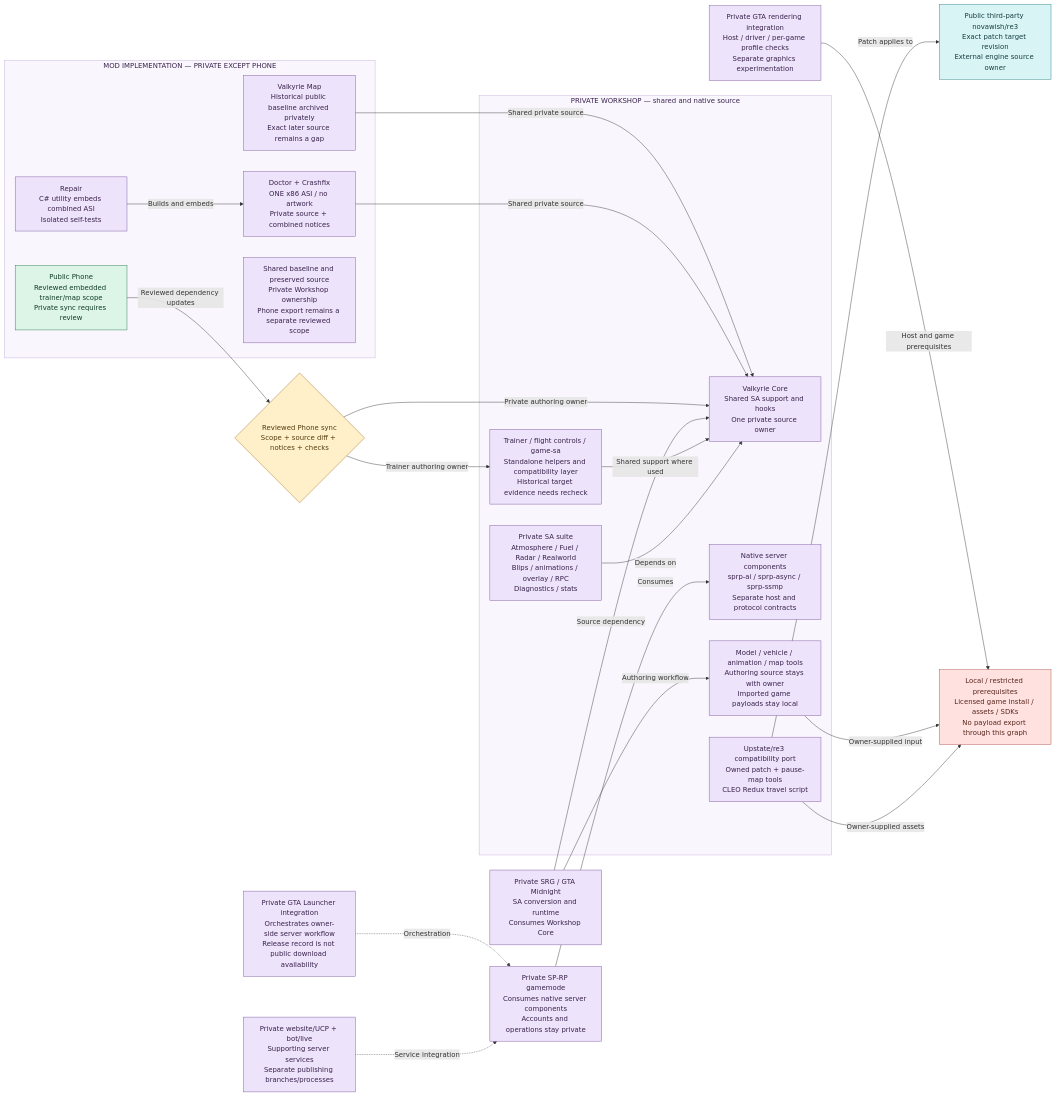
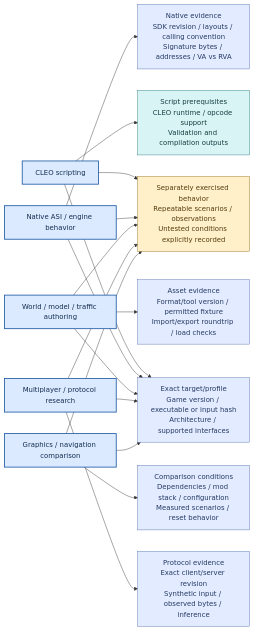
Before and after one commit to darkcenturies/gta-workshop: the diagram in docs/workshop/dependencies.mmd, drawn with Mermaid. The commit also changed 31 other files, not shown here.

Commit message:
Reframe GTA Workshop as a public reference library for mod-making.

```diff
--- a/docs/workshop/dependencies.mmd
+++ b/docs/workshop/dependencies.mmd
@@ -1,50 +1,44 @@
 flowchart LR
-    accTitle: GTA component ownership and dependency boundaries
-    accDescr: Shared Core is owned by private Workshop, public Phone uses a reviewed sync, SP-RP consumes private native components, Upstate uses external re3 and local assets, and mod implementations stay private while generated research and guides remain public. Arrows show dependency direction, not task order.
-    subgraph SHARED["PRIVATE WORKSHOP — shared and native source"]
-        CORE["Valkyrie Core\nShared SA support and hooks\nOne private source owner"]:::private
-        SUITE["Private SA suite\nAtmosphere / Fuel / Radar / Realworld\nBlips / animations / overlay / RPC\nDiagnostics / stats"]:::private
-        TRAINER["Trainer / flight controls / game-sa\nStandalone helpers and compatibility layer\nHistorical target evidence needs recheck"]:::private
-        NATIVE["Native server components\nsprp-ai / sprp-async / sprp-ssmp\nSeparate host and protocol contracts"]:::private
-        UPSTATE["Upstate/re3 compatibility port\nOwned patch + pause-map tools\nCLEO Redux travel script"]:::private
-        ASSET["Model / vehicle / animation / map tools\nAuthoring source stays with owner\nImported game payloads stay local"]:::private
-    end
-    subgraph PUBLIC["MOD IMPLEMENTATION — PRIVATE EXCEPT PHONE"]
-        DOC["Doctor + Crashfix\nONE x86 ASI / no artwork\nPrivate source + combined notices"]:::private
-        MAP["Valkyrie Map\nHistorical public baseline archived privately\nExact later source remains a gap"]:::private
-        REPAIR["Repair\nC# utility embeds combined ASI\nIsolated self-tests"]:::private
-        PHONE["Public Phone\nReviewed embedded trainer/map scope\nPrivate sync requires review"]:::public
-        BASE["Shared baseline and preserved source\nPrivate Workshop ownership\nPhone export remains a separate reviewed scope"]:::private
-    end
-    SRG["Private SRG / GTA Midnight\nSA conversion and runtime\nConsumes Workshop Core"]:::private
-    SERVER["Private SP-RP gamemode\nConsumes native server components\nAccounts and operations stay private"]:::private
-    WEB["Private website/UCP + bot/live\nSupporting server services\nSeparate publishing branches/processes"]:::private
-    LAUNCH["Private GTA Launcher integration\nOrchestrates owner-side server workflow\nRelease record is not public download availability"]:::private
-    DLSS["Private GTA rendering integration\nHost / driver / per-game profile checks\nSeparate graphics experimentation"]:::private
-    RE3["Public third-party novawish/re3\nExact patch target revision\nExternal engine source owner"]:::reference
-    INPUTS["Local / restricted prerequisites\nLicensed game install / assets / SDKs\nNo payload export through this graph"]:::blocked
-    SYNC{"Reviewed Phone sync\nScope + source diff + notices + checks"}:::gate
-    SUITE -->|"Depends on"| CORE
-    TRAINER -->|"Shared support where used"| CORE
-    SRG -->|"Source dependency"| CORE
-    SRG -->|"Authoring workflow"| ASSET
-    SERVER -->|"Consumes"| NATIVE
-    WEB -. "Service integration" .-> SERVER
-    LAUNCH -. "Orchestration" .-> SERVER
-    UPSTATE -->|"Patch applies to"| RE3
-    UPSTATE -->|"Owner-supplied assets"| INPUTS
-    ASSET -->|"Owner-supplied input"| INPUTS
-    DLSS -->|"Host and game prerequisites"| INPUTS
-    PHONE -->|"Reviewed dependency updates"| SYNC
-    SYNC -->|"Private authoring owner"| CORE
-    SYNC -->|"Trainer authoring owner"| TRAINER
-    DOC -->|"Shared private source"| CORE
-    MAP -->|"Shared private source"| CORE
-    REPAIR -->|"Builds and embeds"| DOC
-    classDef public fill:#dcf5e7,stroke:#23724d,color:#123b29;
-    classDef private fill:#ede3fa,stroke:#77519a,color:#39234c;
+    accTitle: Evidence requirements by GTA mod-making method
+    accDescr: Arrows point from methods to their required evidence or prerequisites. Script, native, authoring, protocol and graphics checks establish distinct facts.
+    SCRIPT["CLEO scripting"]:::hub
+    NATIVE["Native ASI / engine behavior"]:::hub
+    ASSET["World / model / traffic authoring"]:::hub
+    PROTO["Multiplayer / protocol research"]:::hub
+    VIS["Graphics / navigation comparison"]:::hub
+    PROFILE["Exact target/profile
+Game version / executable or input hash
+Architecture / supported interfaces"]:::evidence
+    OPC["Script prerequisites
+CLEO runtime / opcode support
+Validation and compilation outputs"]:::reference
+    ABI["Native evidence
+SDK revision / layouts / calling convention
+Signature bytes / addresses / VA vs RVA"]:::evidence
+    FORMAT["Asset evidence
+Format/tool version / permitted fixture
+Import/export roundtrip / load checks"]:::evidence
+    PACKET["Protocol evidence
+Exact client/server revision
+Synthetic input / observed bytes / inference"]:::evidence
+    CONFIG["Comparison conditions
+Dependencies / mod stack / configuration
+Measured scenarios / reset behavior"]:::evidence
+    GAME["Separately exercised behavior
+Repeatable scenarios / observations
+Untested conditions explicitly recorded"]:::gate
+    SCRIPT & NATIVE & ASSET & PROTO & VIS --> PROFILE
+    SCRIPT --> OPC
+    NATIVE --> ABI
+    ASSET --> FORMAT
+    PROTO --> PACKET
+    VIS --> CONFIG
+    SCRIPT & NATIVE & ASSET & PROTO & VIS --> GAME
+
+    classDef hub fill:#dceaff,stroke:#245fa8,color:#132d50,stroke-width:2px;
     classDef reference fill:#d9f4f4,stroke:#267b80,color:#153e42;
     classDef gate fill:#fff0ca,stroke:#9a6a16,color:#543b0e;
-    classDef blocked fill:#ffe2df,stroke:#a74d46,color:#59251f;
-    style SHARED fill:#faf6fe,stroke:#c4addb,color:#39234c
-    style PUBLIC fill:#faf6fe,stroke:#c4addb,color:#39234c
+    classDef evidence fill:#e2ebff,stroke:#526eb1,color:#263963;
+    classDef public fill:#e0f4e4,stroke:#367349,color:#1b4329;
+    classDef project fill:#ece3fa,stroke:#7950a1,color:#41285e;
+    classDef excluded fill:#ffe4e0,stroke:#b64c41,color:#622820;
```
